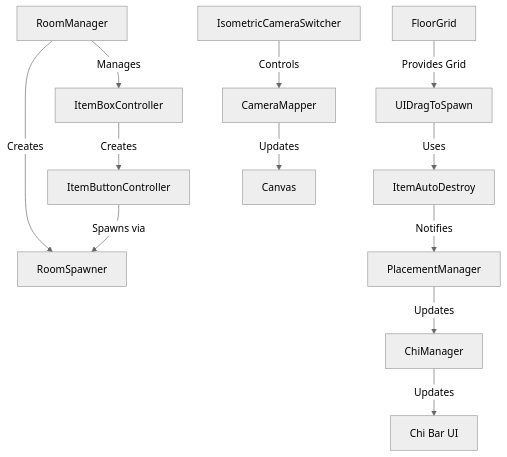
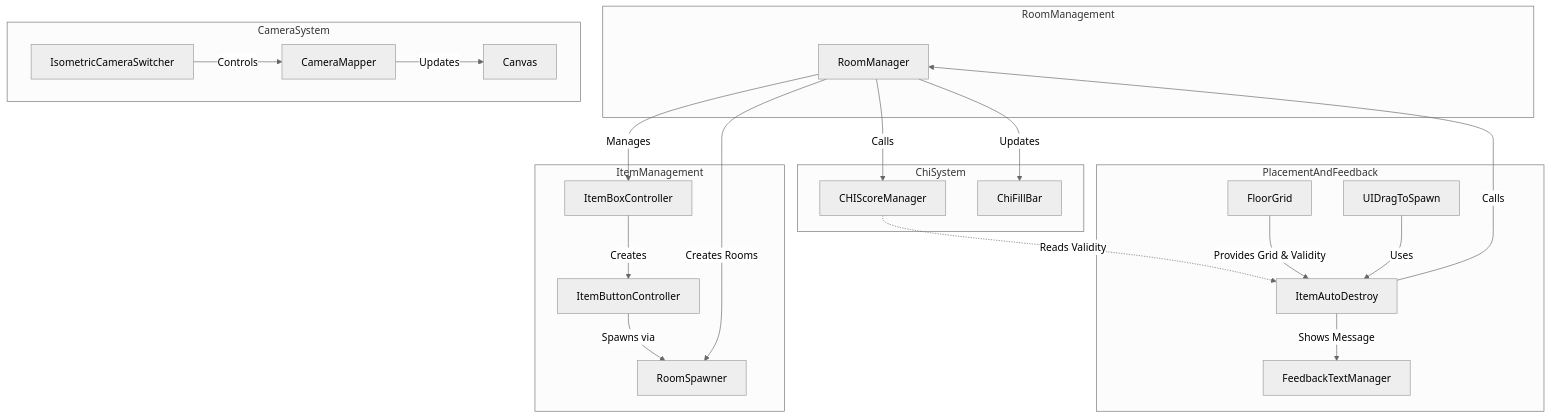
One commit to sswvictor/Greg-s-Room changed the diagram in system.md. Above: the diagram before and after it, drawn with Mermaid (neutral theme). The commit also changed other lines of this file and 19 other files, not shown here.

````diff
--- a/system.md
+++ b/system.md
@@ -5,14 +5,40 @@
 ```mermaid
 graph TD
-    RoomManager[RoomManager] --> |Manages| ItemBoxController
-    RoomManager --> |Creates| RoomSpawner
+    subgraph RoomManagement
+        RoomManager[RoomManager]
+    end
+    subgraph ItemManagement
+        ItemBoxController
+        ItemButtonController
+        RoomSpawner[RoomSpawner]
+    end
+    subgraph PlacementAndFeedback
+        FloorGrid[FloorGrid]
+        UIDragToSpawn[UIDragToSpawn]
+        ItemAutoDestroy[ItemAutoDestroy]
+        FeedbackTextManager[FeedbackTextManager]
+    end
+    subgraph ChiSystem
+        CHIScoreManager[CHIScoreManager]
+        ChiFillBar[ChiFillBar]
+    end
+    subgraph CameraSystem
+        IsometricCameraSwitcher
+        CameraMapper
+        Canvas
+    end
+
+    RoomManager --> |Manages| ItemBoxController
+    RoomManager --> |Creates Rooms| RoomSpawner
+    RoomManager --> |Calls| CHIScoreManager
+    RoomManager --> |Updates| ChiFillBar
     ItemBoxController --> |Creates| ItemButtonController
     ItemButtonController --> |Spawns via| RoomSpawner
     UIDragToSpawn --> |Uses| ItemAutoDestroy
-    FloorGrid --> |Provides Grid| UIDragToSpawn
+    FloorGrid --> |Provides Grid & Validity| ItemAutoDestroy
     IsometricCameraSwitcher --> |Controls| CameraMapper
     CameraMapper --> |Updates| Canvas
-    ItemAutoDestroy --> |Notifies| PlacementManager
-    PlacementManager --> |Updates| ChiManager
-    ChiManager --> |Updates| ChiBarUI[Chi Bar UI]
+    ItemAutoDestroy --> |Calls| RoomManager
+    ItemAutoDestroy --> |Shows Message| FeedbackTextManager
+    CHIScoreManager -.-> |Reads Validity| ItemAutoDestroy
 ```
````
